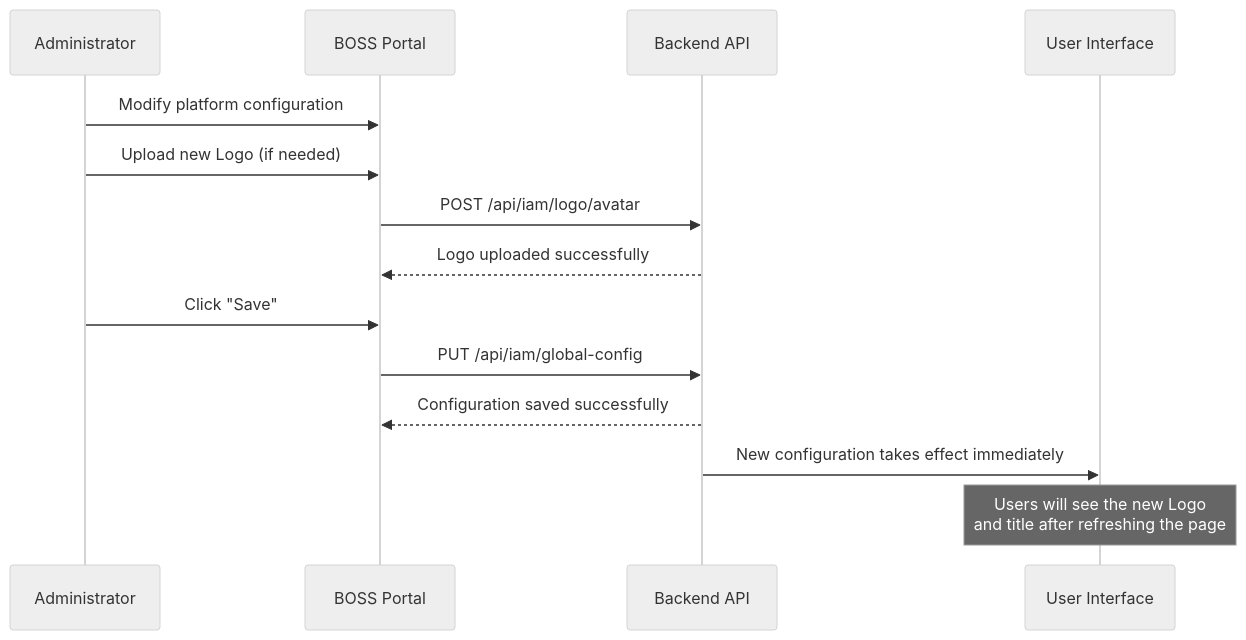
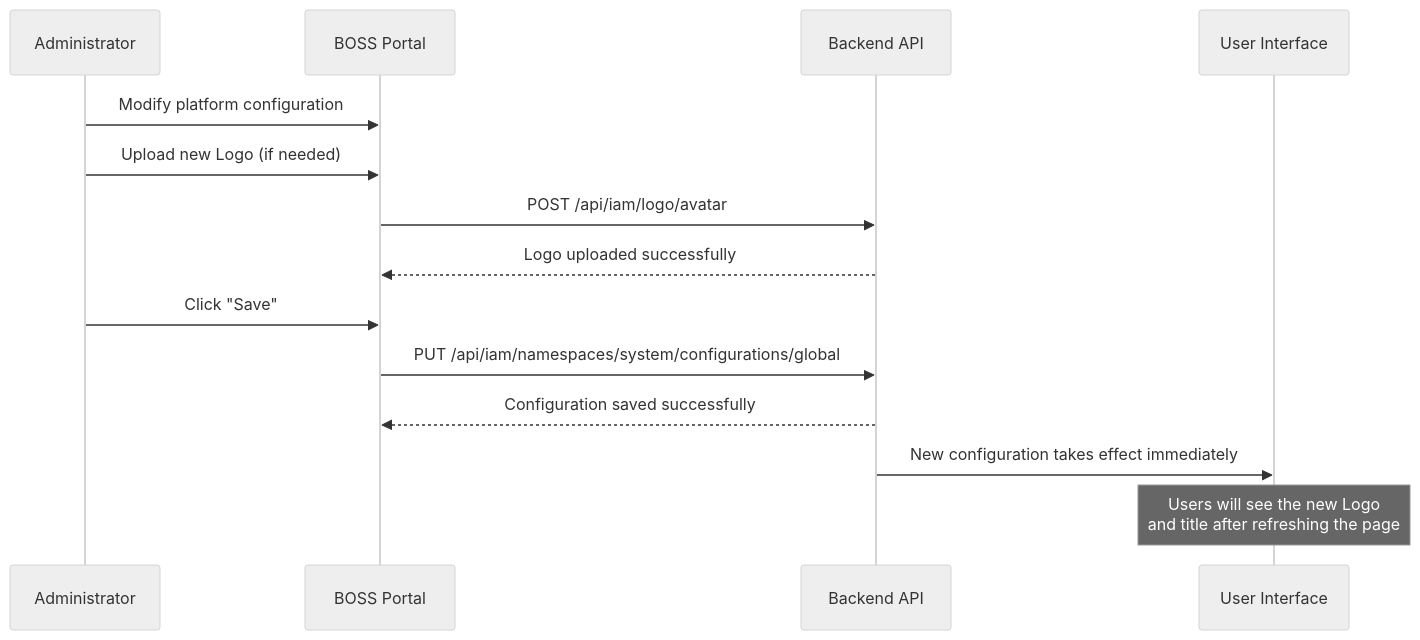
The second of 2 diagrams in src/pages/docs/en/20.boss/03.settings/platform.md (poxiaoyun/docs), drawn with Mermaid (neutral theme) before and after one commit. The commit also changed other lines of this file and 2 other files, not shown here.

Commit message:
feat: global config

````diff
--- a/src/pages/docs/en/20.boss/03.settings/platform.md
+++ b/src/pages/docs/en/20.boss/03.settings/platform.md
@@ -165,17 +168,17 @@
 ```mermaid
 sequenceDiagram
     participant Admin as Administrator
     participant BOSS as BOSS Portal
     participant API as Backend API
     participant Users as User Interface
 
     Admin->>BOSS: Modify platform configuration
     Admin->>BOSS: Upload new Logo (if needed)
     BOSS->>API: POST /api/iam/logo/avatar
     API-->>BOSS: Logo uploaded successfully
     Admin->>BOSS: Click "Save"
-    BOSS->>API: PUT /api/iam/global-config
+    BOSS->>API: PUT /api/iam/namespaces/system/configurations/global
     API-->>BOSS: Configuration saved successfully
     API->>Users: New configuration takes effect immediately
     Note over Users: Users will see the new Logo<br/>and title after refreshing the page
 ```
````
